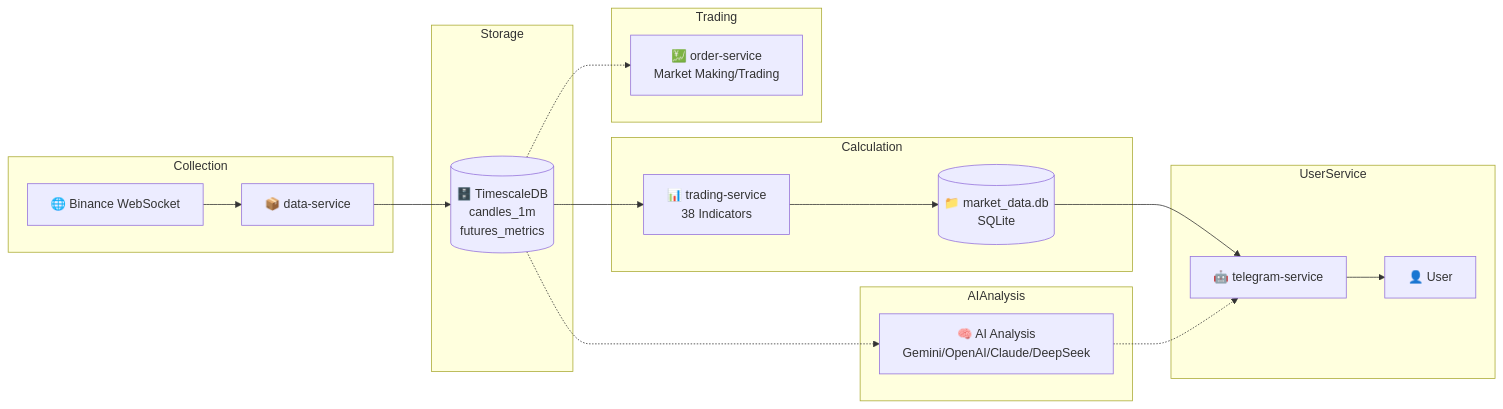
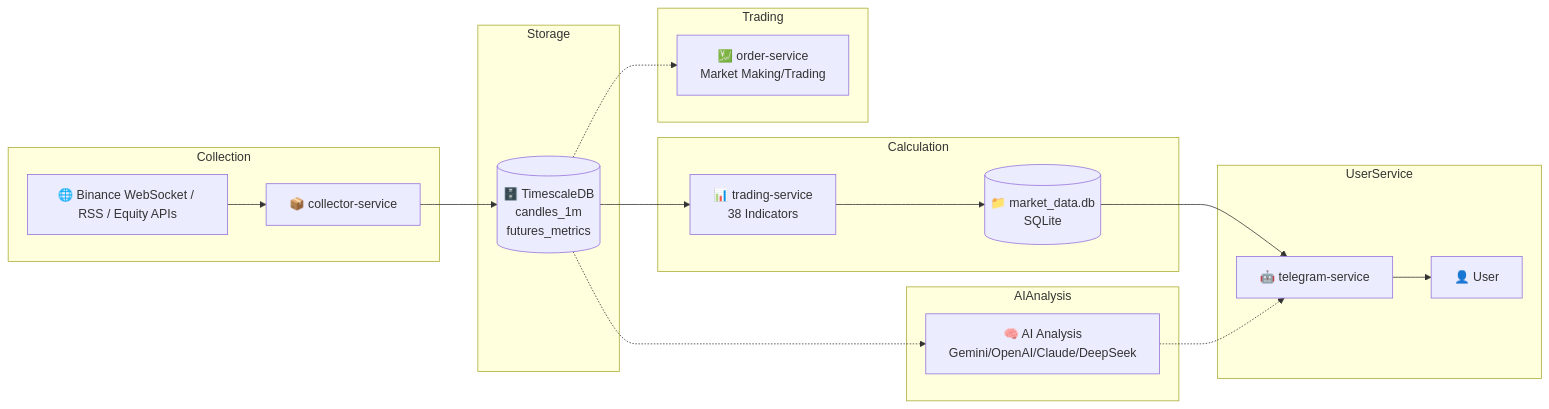
Before and after one commit to laibao-ai-token/tradeagnt: the second of 2 diagrams in README_EN.md, drawn with Mermaid. The commit also changed other lines of this file and 620 other files, not shown here.

First line of the commit message:
chore: archive data-service and markets-service, consolidate to collector-service

````diff
--- a/README_EN.md
+++ b/README_EN.md
@@ -606,29 +607,29 @@
 ```mermaid
 graph LR
     subgraph Collection
-        A["🌐 Binance WebSocket"] --> B["📦 data-service"]
+        A["🌐 Binance WebSocket / RSS / Equity APIs"] --> B["📦 collector-service"]
     end
     
     subgraph Storage
         B --> C[("🗄️ TimescaleDB<br>candles_1m<br>futures_metrics")]
     end
     
     subgraph Calculation
         C --> D["📊 trading-service<br>38 Indicators"]
         D --> E[("📁 market_data.db<br>SQLite")]
     end
     
     subgraph UserService
         E --> F["🤖 telegram-service"]
         F --> G["👤 User"]
     end
     
     subgraph AIAnalysis
         C -.-> H["🧠 AI Analysis<br>Gemini/OpenAI/Claude/DeepSeek"]
         H -.-> F
     end
     
     subgraph Trading
         C -.-> I["💹 order-service<br>Market Making/Trading"]
     end
 ```
````
